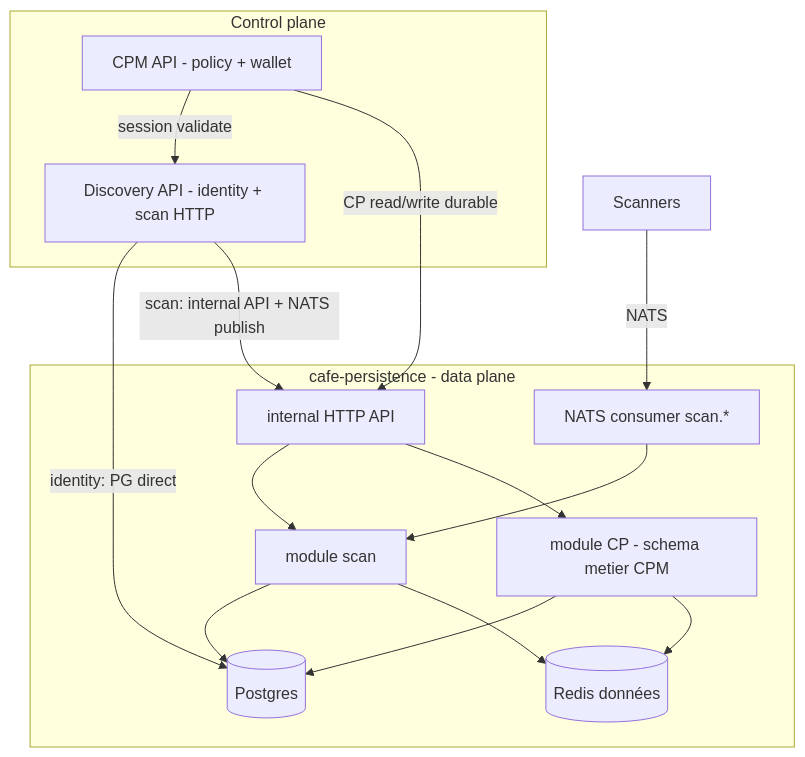
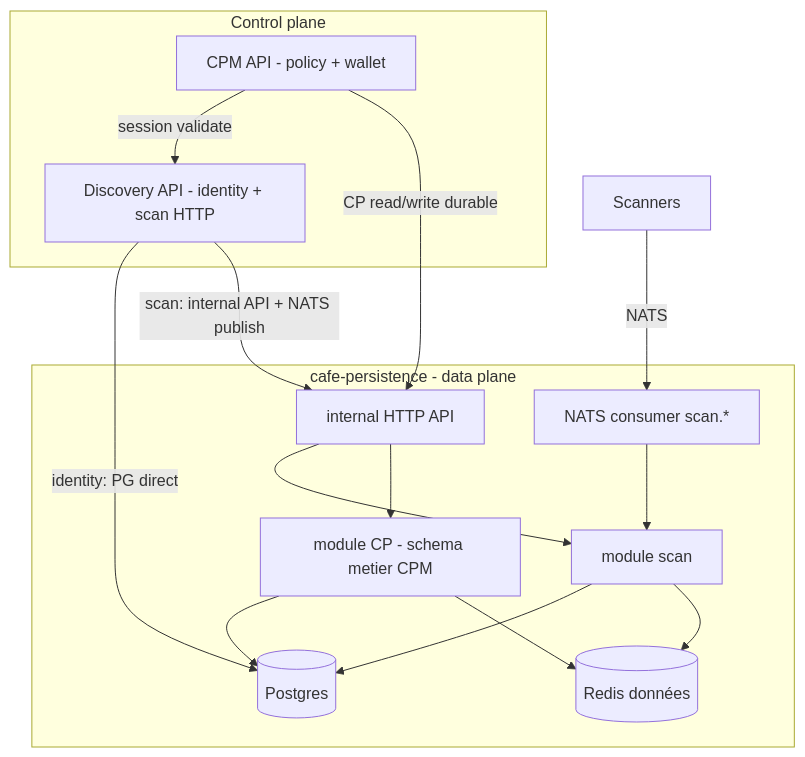
The second of 3 diagrams in docs/ADR_20260622_persistence.md (create2-labs/cafe-discovery), drawn with Mermaid before and after one commit. The commit also changed other lines of this file, not shown here.

Commit message:
docs: diagramm

````diff
--- a/docs/ADR_20260622_persistence.md
+++ b/docs/ADR_20260622_persistence.md
@@ -165,29 +165,29 @@
 ```mermaid
 flowchart TB
   subgraph control [Control plane]
     DISC[Discovery API - identity + scan HTTP]
     CPM[CPM API - policy + wallet]
   end
 
   subgraph data [cafe-persistence - data plane]
+    INT_API[internal HTTP API]
+    CP_MOD[module CP - schema metier CPM]
     SCAN_MOD[module scan]
-    CP_MOD[module CP - schema metier CPM]
-    INT_API[internal HTTP API]
     NATS_C[NATS consumer scan.*]
     PG[(Postgres)]
     RD[(Redis données)]
     SCAN_MOD --> PG
     CP_MOD --> PG
     NATS_C --> SCAN_MOD
     INT_API --> SCAN_MOD
     INT_API --> CP_MOD
     SCAN_MOD --> RD
     CP_MOD --> RD
   end
 
   DISC -->|identity: PG direct| PG
   DISC -->|scan: internal API + NATS publish| INT_API
   CPM -->|session validate| DISC
   CPM -->|CP read/write durable| INT_API
   scanners[Scanners] -->|NATS| NATS_C
 ```
````
